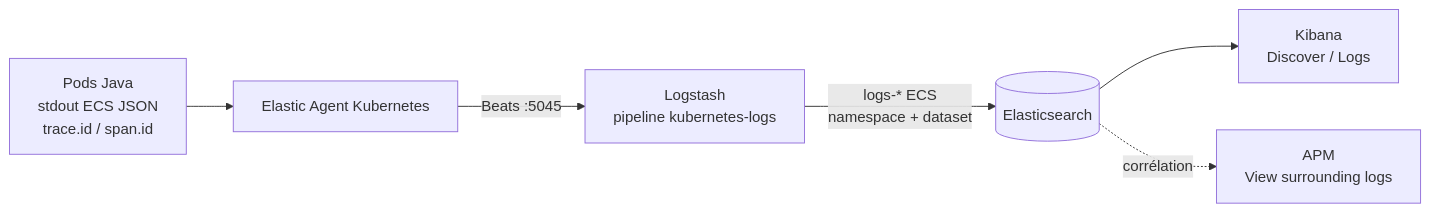
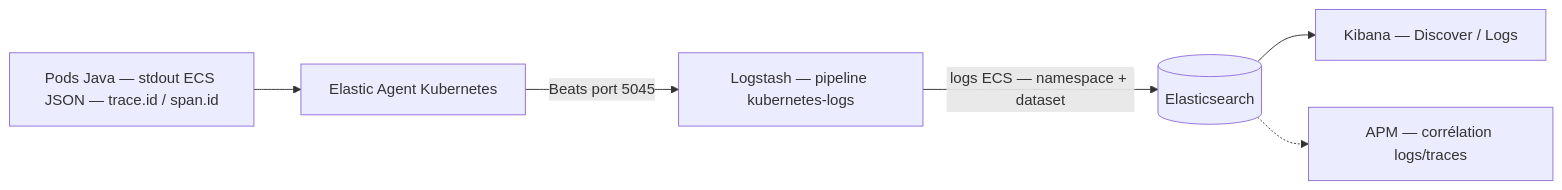
The third of 6 diagrams in docs/observability-flows-v1-v2.md (elkouhen/systemlens-observability-lab), drawn with Mermaid before and after one commit. The commit also changed other lines of this file, not shown here.

Commit message:
docs: fix GitHub Mermaid log diagrams

````diff
--- a/docs/observability-flows-v1-v2.md
+++ b/docs/observability-flows-v1-v2.md
@@ -33,8 +33,8 @@
 ```mermaid
 flowchart LR
-    P[Pods Java\nstdout ECS JSON\ntrace.id / span.id] --> A[Elastic Agent Kubernetes]
-    A -->|Beats :5045| L[Logstash\npipeline kubernetes-logs]
-    L -->|logs-* ECS\nnamespace + dataset| E[(Elasticsearch)]
-    E --> K[Kibana\nDiscover / Logs]
-    E -. corrélation .-> AP[APM\nView surrounding logs]
+    P["Pods Java — stdout ECS JSON — trace.id / span.id"] --> A["Elastic Agent Kubernetes"]
+    A -->|"Beats port 5045"| L["Logstash — pipeline kubernetes-logs"]
+    L -->|"logs ECS — namespace + dataset"| E[(Elasticsearch)]
+    E --> K["Kibana — Discover / Logs"]
+    E -.-> AP["APM — corrélation logs/traces"]
 ```
````
